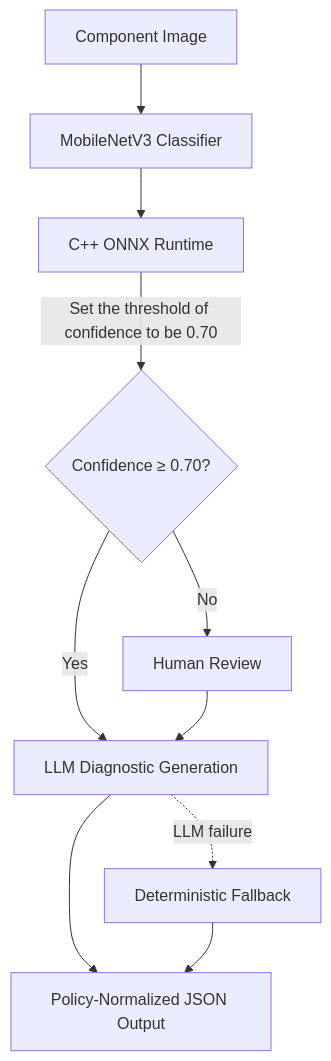
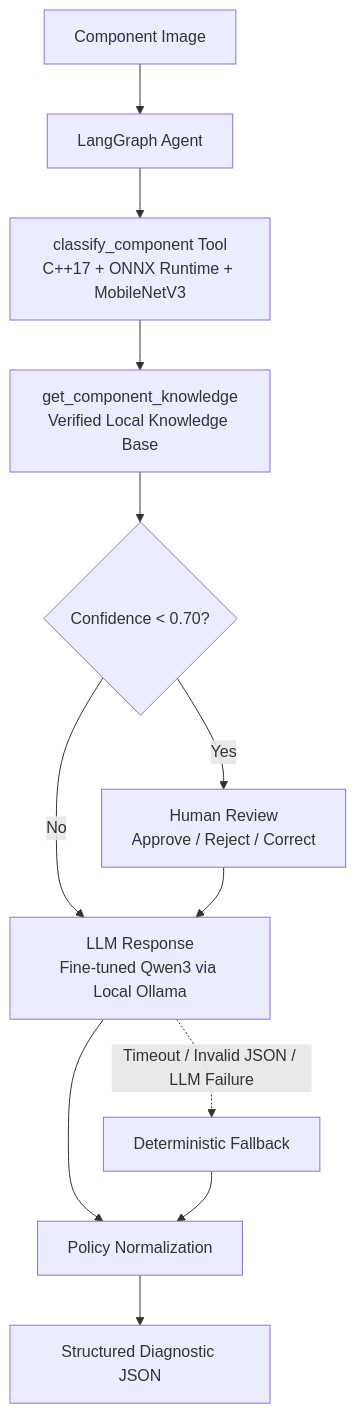
Before and after one commit to ChenKC863/AI-Agent-Driven-Vision-LLM-Diagnostic-System-for-Electronic-Components: the diagram in README.md, drawn with Mermaid. The commit also changed other lines of this file, not shown here.

````diff
--- a/README.md
+++ b/README.md
@@ -58,12 +61,20 @@
 ```mermaid
 flowchart TD
-    A["Component Image"] --> B["MobileNetV3 Classifier"]
-    B --> C["C++ ONNX Runtime"]
-    C -->|Set the threshold of confidence to be 0.70| D{"Confidence ≥ 0.70?"}
-    D -->|Yes| E["LLM Diagnostic Generation"]
-    D -->|No| F["Human Review"]
-    F --> E
-    E --> G["Policy-Normalized JSON Output"]
-    E -. "LLM failure" .-> H["Deterministic Fallback"]
-    H --> G
+    A["Component Image"] --> B["LangGraph Agent"]
+
+    B --> C["classify_component Tool<br/>C++17 + ONNX Runtime + MobileNetV3"]
+    C --> D["get_component_knowledge<br/>Verified Local Knowledge Base"]
+
+    D --> E{"Confidence < 0.70?"}
+
+    E -->|No| F["LLM Response<br/>Fine-tuned Qwen3 via Local Ollama"]
+    E -->|Yes| G["Human Review<br/>Approve / Reject / Correct"]
+
+    G --> F
+
+    F --> H["Policy Normalization"]
+    H --> I["Structured Diagnostic JSON"]
+
+    F -. "Timeout / Invalid JSON / LLM Failure" .-> J["Deterministic Fallback"]
+    J --> H
 ```
````
